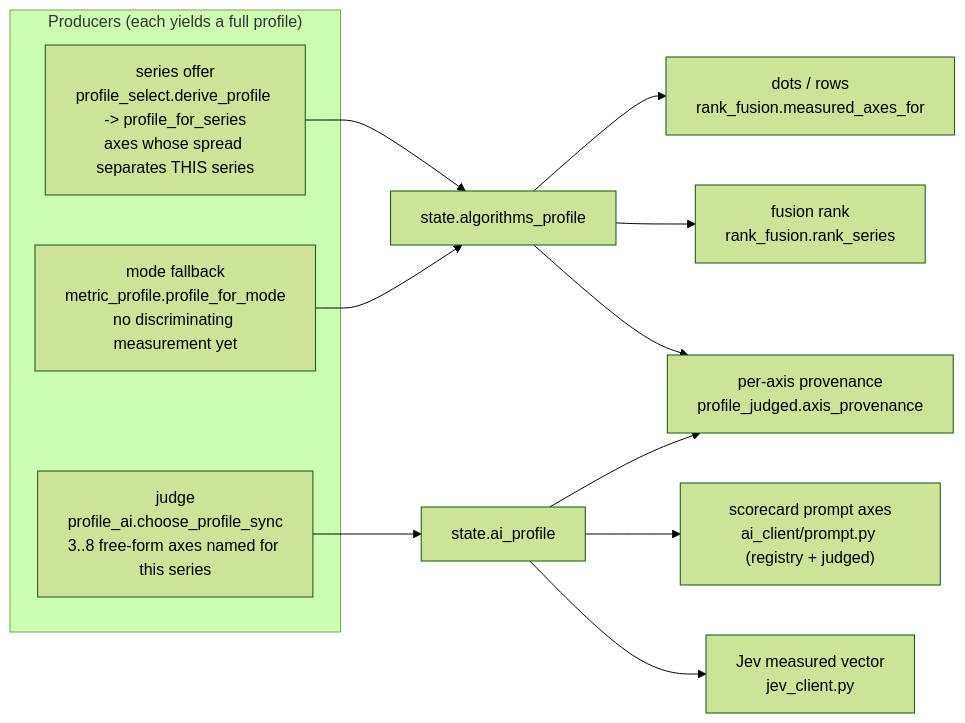
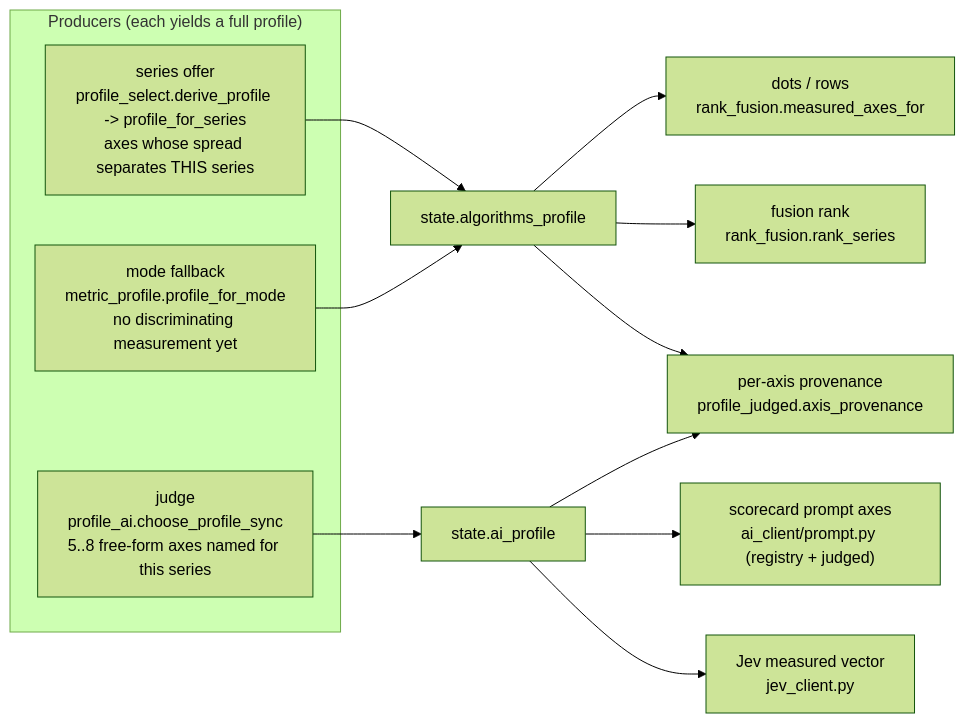
One commit to Loganavter/Improve-ImgSLI-dev changed the third of 3 diagrams in src/tabs/image_gallery/docs/ANALYSIS_BACKENDS.md. Above: the diagram before and after it, drawn with Mermaid (forest theme). The commit also changed other lines of this file and 19 other files, not shown here.

````diff
--- a/src/tabs/image_gallery/docs/ANALYSIS_BACKENDS.md
+++ b/src/tabs/image_gallery/docs/ANALYSIS_BACKENDS.md
@@ -168,17 +168,17 @@
 ```mermaid
 flowchart LR
     subgraph PROD["Producers (each yields a full profile)"]
         S["series offer<br/>profile_select.derive_profile -> profile_for_series<br/>axes whose spread separates THIS series"]
-        V["judge<br/>profile_ai.choose_profile_sync<br/>3..8 free-form axes named for this series"]
+        V["judge<br/>profile_ai.choose_profile_sync<br/>5..8 free-form axes named for this series"]
         F["mode fallback<br/>metric_profile.profile_for_mode<br/>no discriminating measurement yet"]
     end
     S --> A["state.algorithms_profile"]
     F --> A
     V --> B["state.ai_profile"]
     A --> C1["dots / rows<br/>rank_fusion.measured_axes_for"]
     A --> C3["fusion rank<br/>rank_fusion.rank_series"]
     B --> C2["scorecard prompt axes<br/>ai_client/prompt.py (registry + judged)"]
     B --> C4["Jev measured vector<br/>jev_client.py"]
     A --> C5["per-axis provenance<br/>profile_judged.axis_provenance"]
     B --> C5
 ```
````
